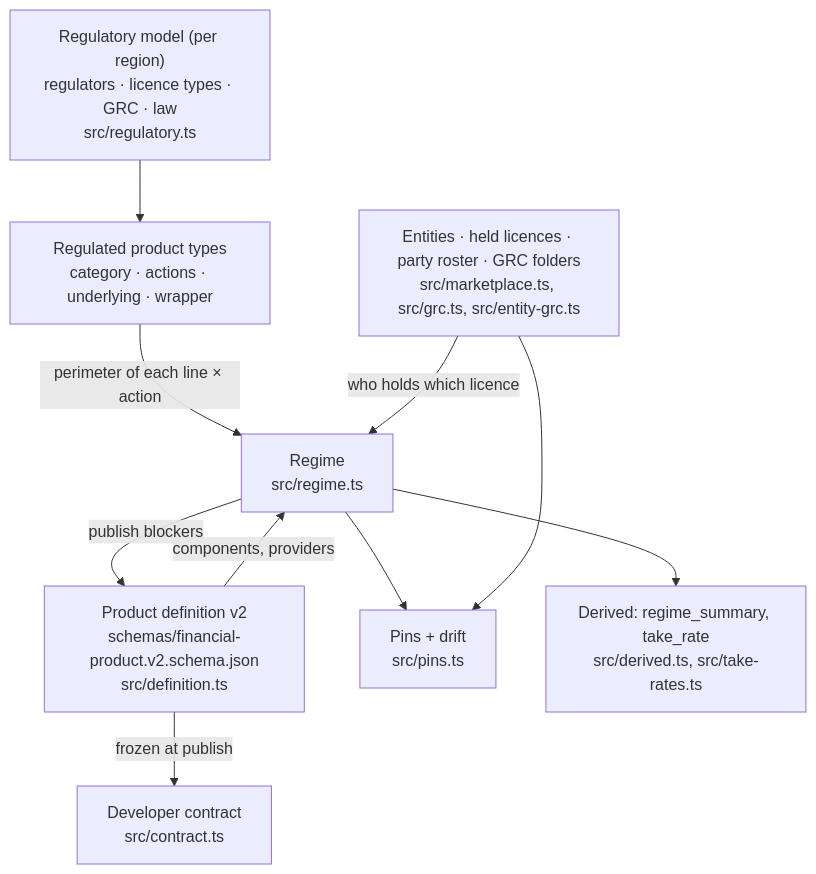
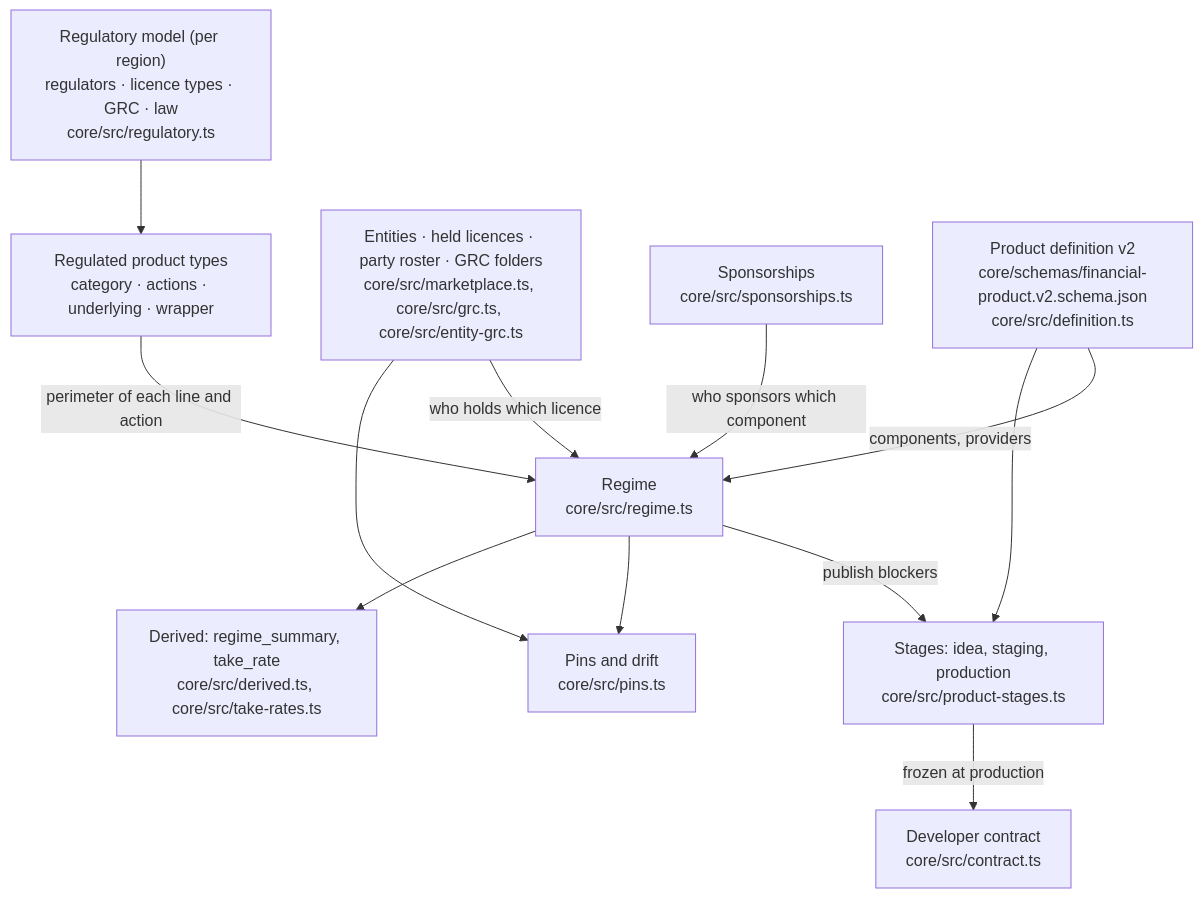
The second of 3 diagrams in docs/architecture.md (never2average/mynt), drawn with Mermaid before and after one commit. The commit also changed other lines of this file and 50 other files, not shown here.

````diff
--- a/docs/architecture.md
+++ b/docs/architecture.md
@@ -108,21 +156,25 @@
 ```mermaid
 flowchart TB
-  RM["Regulatory model (per region)<br/>regulators · licence types · GRC · law<br/>src/regulatory.ts"]
+  RM["Regulatory model (per region)<br/>regulators · licence types · GRC · law<br/>core/src/regulatory.ts"]
   RPT["Regulated product types<br/>category · actions · underlying · wrapper"]
-  ENT["Entities · held licences · party roster · GRC folders<br/>src/marketplace.ts, src/grc.ts, src/entity-grc.ts"]
-  DEF["Product definition v2<br/>schemas/financial-product.v2.schema.json<br/>src/definition.ts"]
-  REG["Regime<br/>src/regime.ts"]
-  CON["Developer contract<br/>src/contract.ts"]
-  PIN["Pins + drift<br/>src/pins.ts"]
-  DER["Derived: regime_summary, take_rate<br/>src/derived.ts, src/take-rates.ts"]
+  ENT["Entities · held licences · party roster · GRC folders<br/>core/src/marketplace.ts, core/src/grc.ts, core/src/entity-grc.ts"]
+  SP["Sponsorships<br/>core/src/sponsorships.ts"]
+  DEF["Product definition v2<br/>core/schemas/financial-product.v2.schema.json<br/>core/src/definition.ts"]
+  REG["Regime<br/>core/src/regime.ts"]
+  STG["Stages: idea, staging, production<br/>core/src/product-stages.ts"]
+  CON["Developer contract<br/>core/src/contract.ts"]
+  PIN["Pins and drift<br/>core/src/pins.ts"]
+  DER["Derived: regime_summary, take_rate<br/>core/src/derived.ts, core/src/take-rates.ts"]
 
   RM --> RPT
-  RPT -- "perimeter of each line × action" --> REG
+  RPT -- "perimeter of each line and action" --> REG
   DEF -- "components, providers" --> REG
   ENT -- "who holds which licence" --> REG
-  REG -- "publish blockers" --> DEF
-  DEF -- "frozen at publish" --> CON
+  SP -- "who sponsors which component" --> REG
+  REG -- "publish blockers" --> STG
+  DEF --> STG
+  STG -- "frozen at production" --> CON
   REG --> PIN
   ENT --> PIN
   REG --> DER
 ```
````
